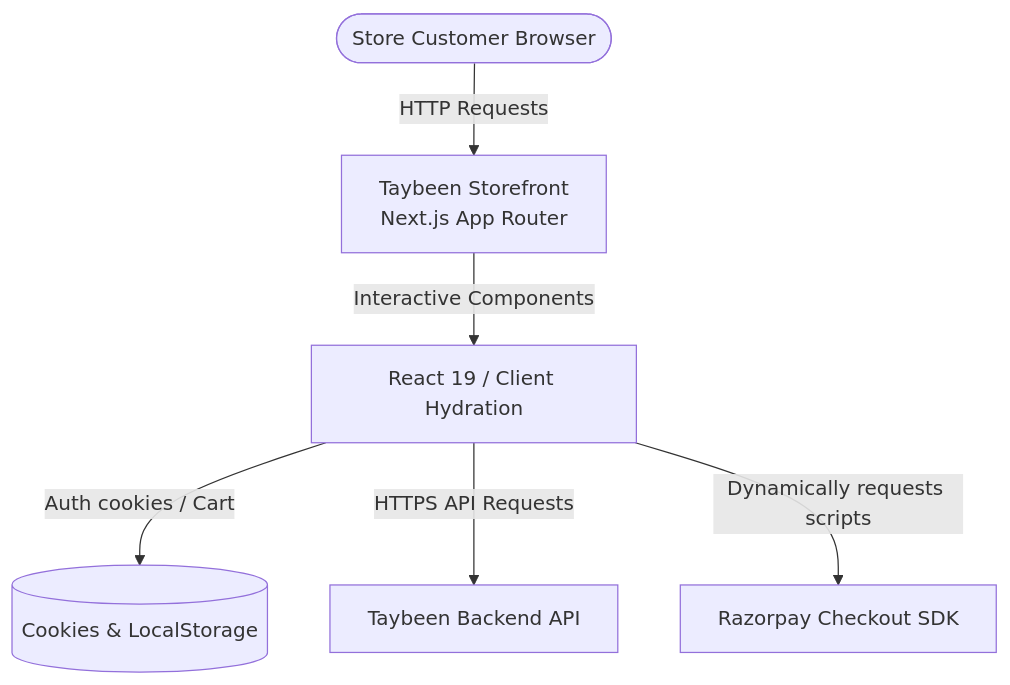
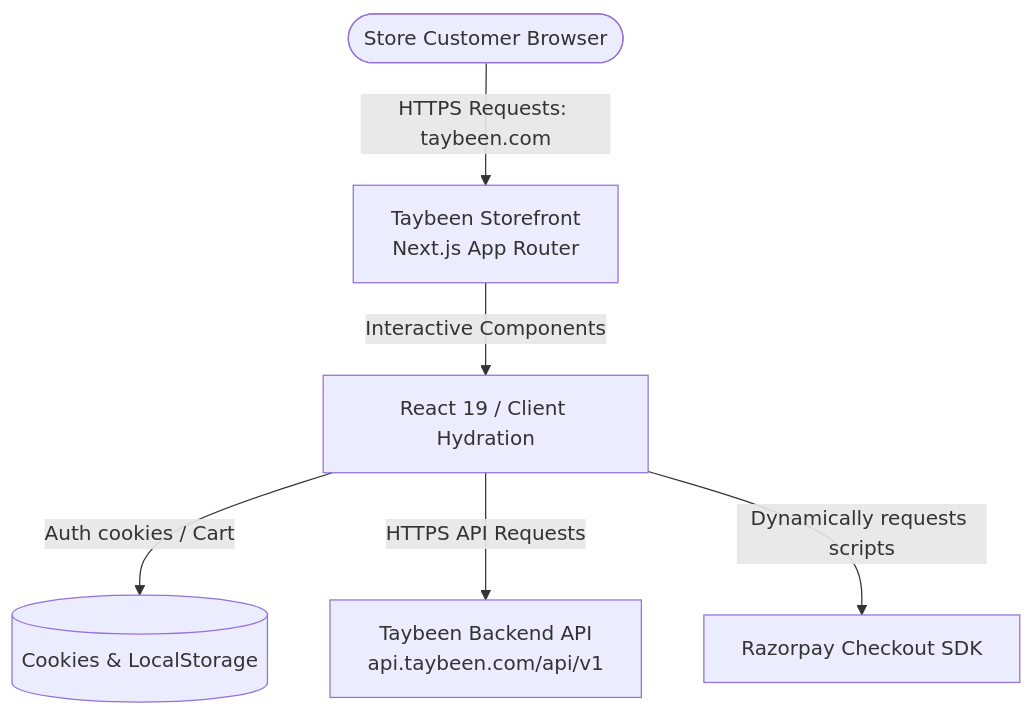
The first of 5 diagrams in ARCHITECTURE.md (taybeen-healthy/taybeen-frontend), drawn with Mermaid before and after one commit. The commit also changed other lines of this file and 9 other files, not shown here.

````diff
--- a/ARCHITECTURE.md
+++ b/ARCHITECTURE.md
@@ -13,8 +16,8 @@
 ```mermaid
 graph TD
-    User([Store Customer Browser]) -->|HTTP Requests| Storefront[Taybeen Storefront<br/>Next.js App Router]
+    User([Store Customer Browser]) -->|HTTPS Requests: taybeen.com| Storefront[Taybeen Storefront<br/>Next.js App Router]
     Storefront -->|Interactive Components| ClientJS[React 19 / Client Hydration]
     ClientJS -->|Auth cookies / Cart| LocalStore[(Cookies & LocalStorage)]
-    ClientJS -->|HTTPS API Requests| SiblingAPI[Taybeen Backend API]
+    ClientJS -->|HTTPS API Requests| SiblingAPI[Taybeen Backend API<br/>api.taybeen.com/api/v1]
     ClientJS -->|Dynamically requests scripts| RazorpaySDK[Razorpay Checkout SDK]
 ```
````
